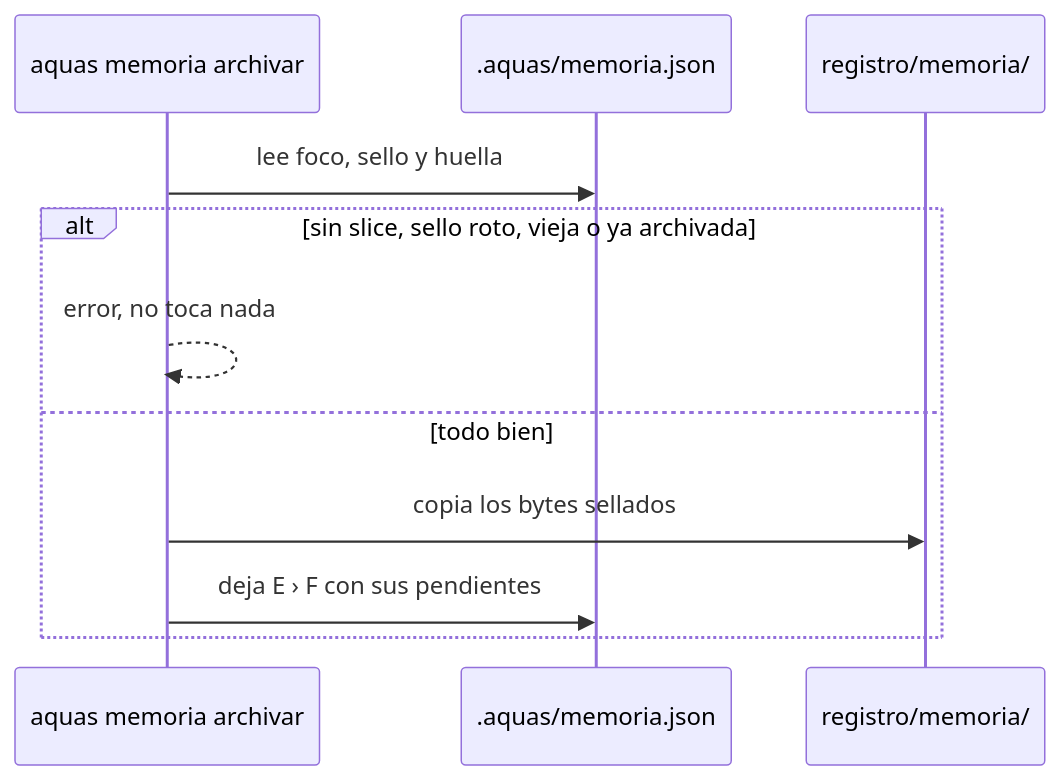
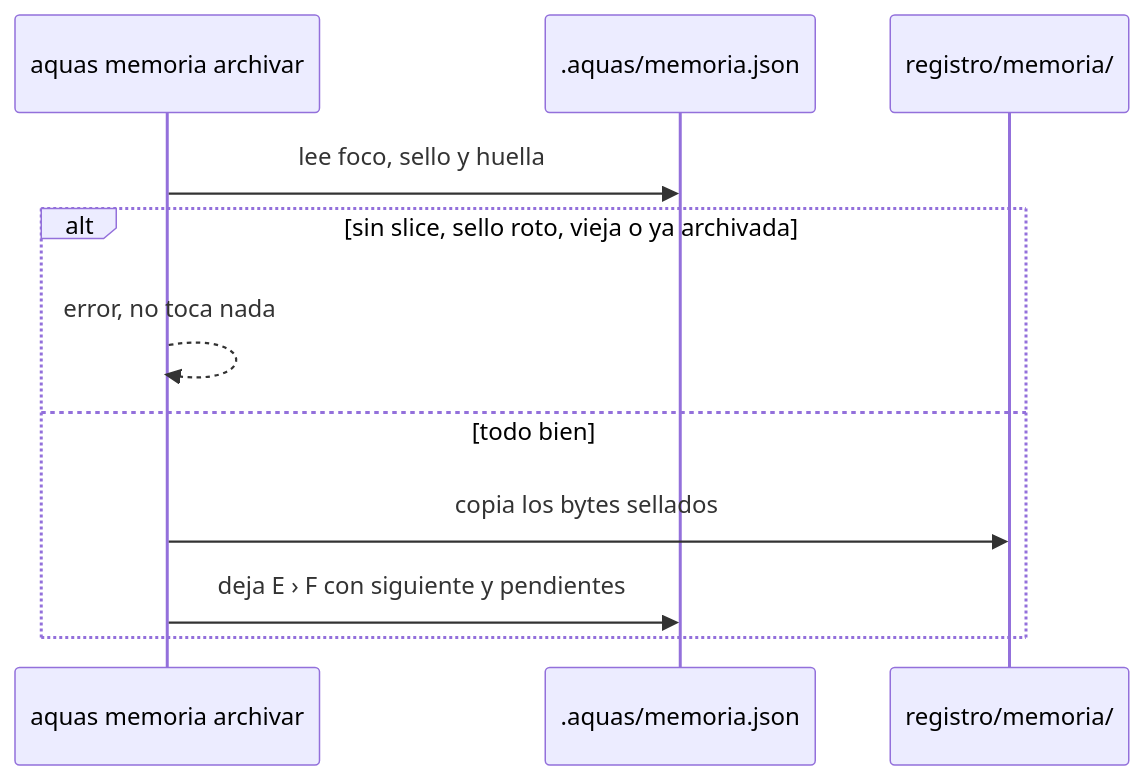
The first of 2 diagrams in docs/E001/F005/S003.md (jliberal-aquas/aquas-central-harness-government), drawn with Mermaid before and after one commit. The commit also changed other lines of this file and 4 other files, not shown here.

````diff
--- a/docs/E001/F005/S003.md
+++ b/docs/E001/F005/S003.md
@@ -43,13 +43,13 @@
 ```mermaid
 sequenceDiagram
     participant A as aquas memoria archivar
     participant M as .aquas/memoria.json
     participant R as registro/memoria/
     A->>M: lee foco, sello y huella
     alt sin slice, sello roto, vieja o ya archivada
         A-->>A: error, no toca nada
     else todo bien
         A->>R: copia los bytes sellados
-        A->>M: deja E › F con sus pendientes
+        A->>M: deja E › F con siguiente y pendientes
     end
 ```
````
